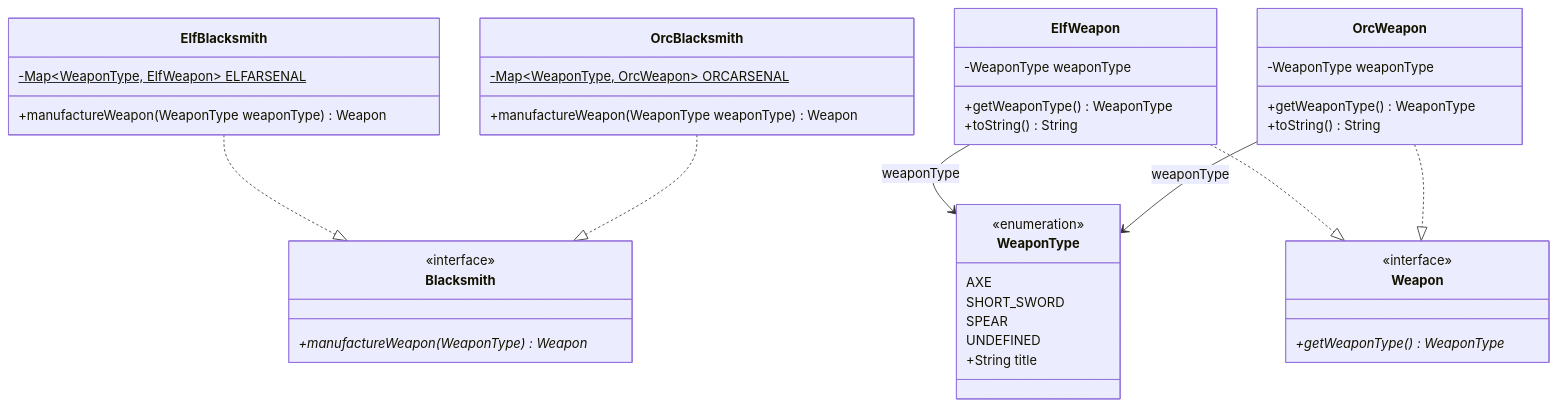
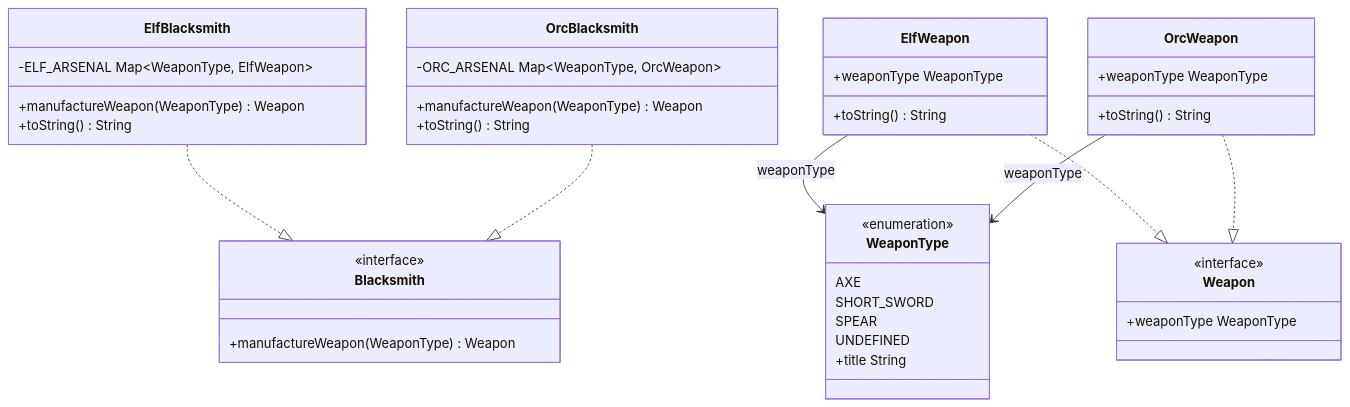
One commit to yonatankarp/kotlin-design-patterns changed the second of 2 diagrams in factory-method/README.md. Above: the diagram before and after it, drawn with Mermaid. The commit also changed other lines of this file and 9 other files, not shown here.

````diff
--- a/factory-method/README.md
+++ b/factory-method/README.md
@@ -94,43 +153,43 @@
 ```mermaid
 classDiagram
     class Blacksmith {
         <<interface>>
-        +manufactureWeapon(WeaponType) Weapon*
+        +manufactureWeapon(WeaponType) Weapon
     }
     class Weapon {
         <<interface>>
-        +getWeaponType() WeaponType*
+        +weaponType WeaponType
     }
     class WeaponType {
         <<enumeration>>
         AXE
         SHORT_SWORD
         SPEAR
         UNDEFINED
-        +String title
+        +title String
     }
     class ElfBlacksmith {
-        -Map~WeaponType, ElfWeapon~ ELFARSENAL$
-        +manufactureWeapon(WeaponType weaponType) Weapon
+        -ELF_ARSENAL Map~WeaponType, ElfWeapon~
+        +manufactureWeapon(WeaponType) Weapon
+        +toString() String
     }
     class OrcBlacksmith {
-        -Map~WeaponType, OrcWeapon~ ORCARSENAL$
-        +manufactureWeapon(WeaponType weaponType) Weapon
+        -ORC_ARSENAL Map~WeaponType, OrcWeapon~
+        +manufactureWeapon(WeaponType) Weapon
+        +toString() String
     }
     class ElfWeapon {
-        -WeaponType weaponType
-        +getWeaponType() WeaponType
+        +weaponType WeaponType
         +toString() String
     }
     class OrcWeapon {
-        -WeaponType weaponType
-        +getWeaponType() WeaponType
+        +weaponType WeaponType
         +toString() String
     }
     ElfWeapon --> WeaponType : weaponType
     OrcWeapon --> WeaponType : weaponType
     ElfBlacksmith ..|> Blacksmith
     OrcBlacksmith ..|> Blacksmith
     ElfWeapon ..|> Weapon
     OrcWeapon ..|> Weapon
 ```
````
